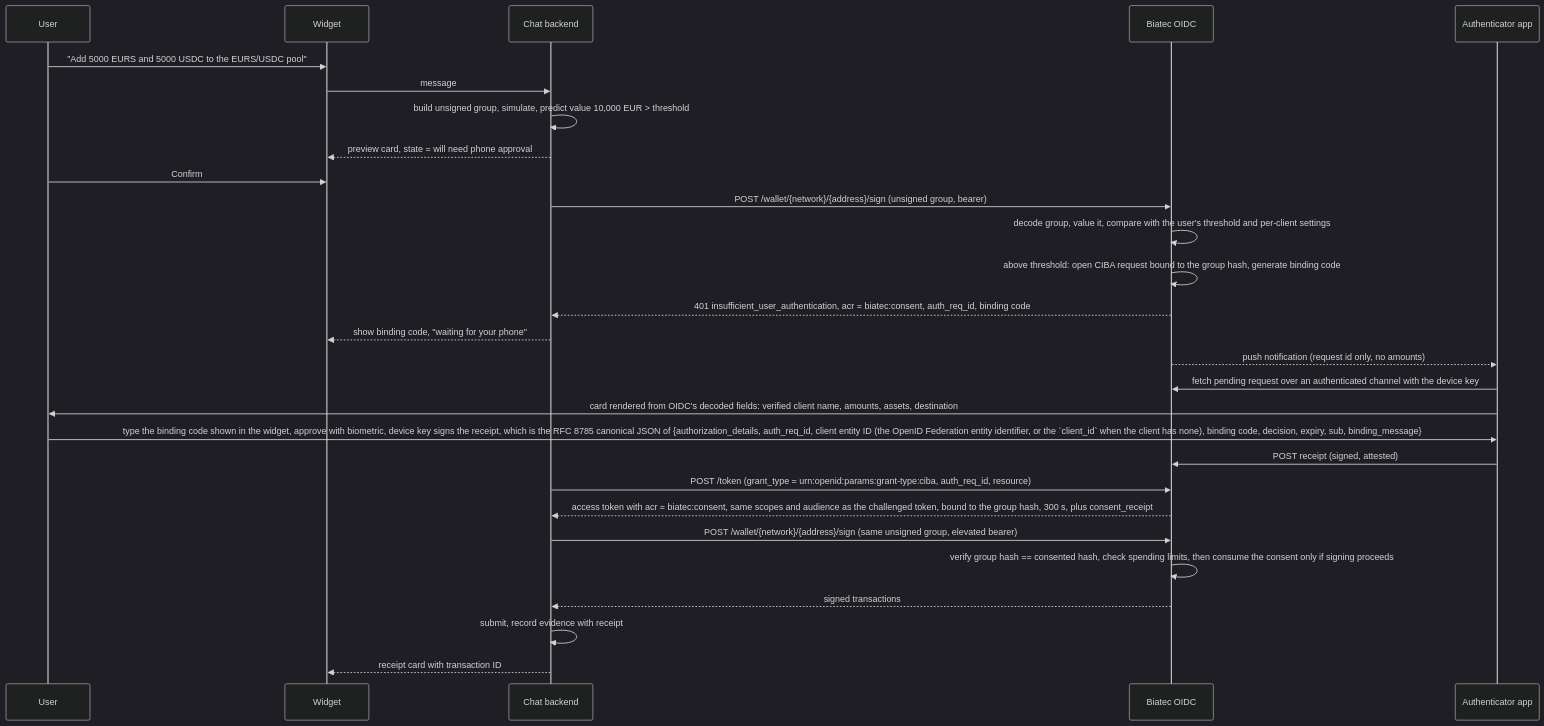
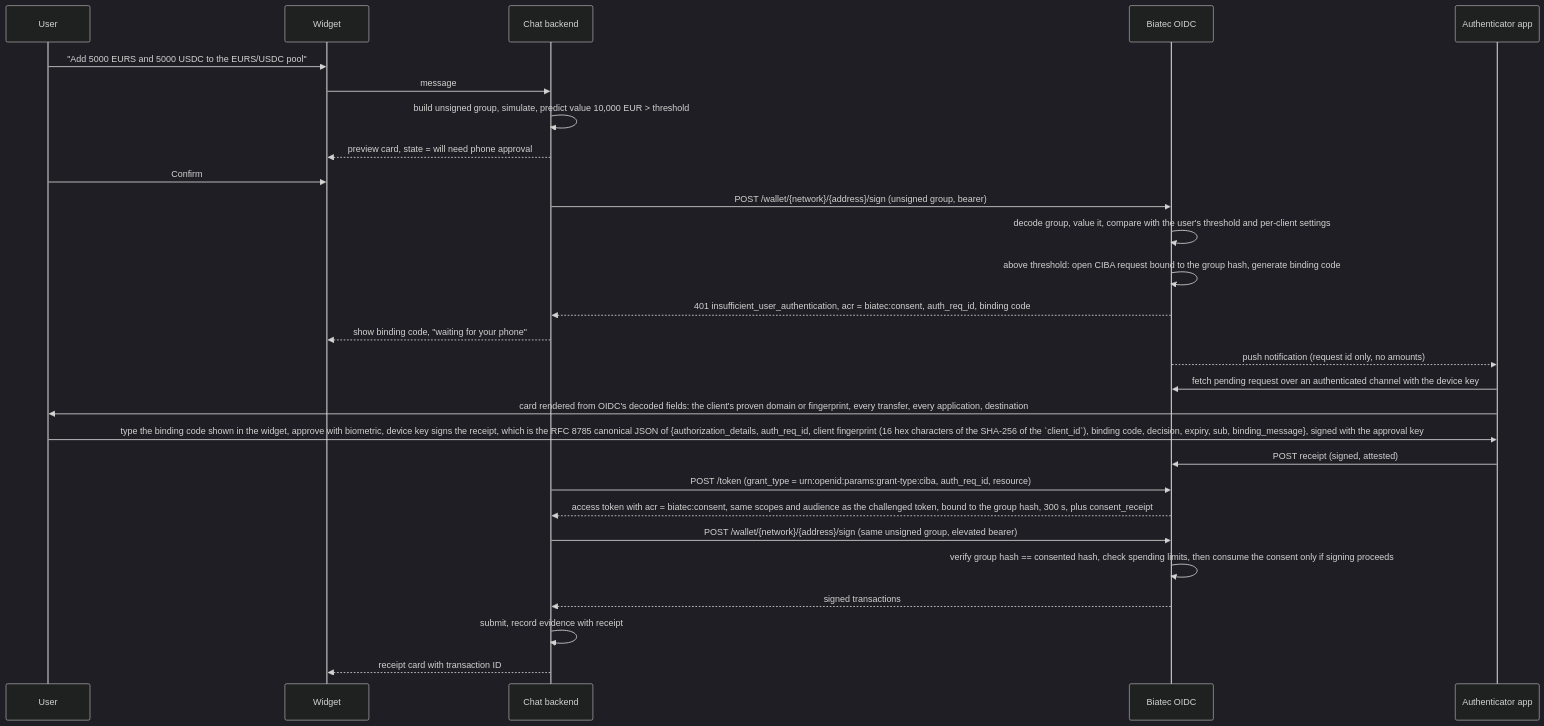
The third of 3 diagrams in PRODUCT-DESCRIPTION.md (scholtz/biatec-chat), drawn with Mermaid (dark theme) before and after one commit. The commit also changed other lines of this file and 22 other files, not shown here.

First line of the commit message:
T-239: Consent protocol 1.1: whole-group details, signed origin, two device keys, device-signed settings and device approval, user-held trust (#409)

````diff
--- a/PRODUCT-DESCRIPTION.md
+++ b/PRODUCT-DESCRIPTION.md
@@ -437,31 +437,31 @@
 ```mermaid
 sequenceDiagram
     participant U as User
     participant W as Widget
     participant API as Chat backend
     participant O as Biatec OIDC
     participant A as Authenticator app
 
     U->>W: "Add 5000 EURS and 5000 USDC to the EURS/USDC pool"
     W->>API: message
     API->>API: build unsigned group, simulate, predict value 10,000 EUR > threshold
     API-->>W: preview card, state = will need phone approval
     U->>W: Confirm
     API->>O: POST /wallet/{network}/{address}/sign (unsigned group, bearer)
     O->>O: decode group, value it, compare with the user's threshold and per-client settings
     O->>O: above threshold: open CIBA request bound to the group hash, generate binding code
     O-->>API: 401 insufficient_user_authentication, acr = biatec:consent, auth_req_id, binding code
     API-->>W: show binding code, "waiting for your phone"
     O-->>A: push notification (request id only, no amounts)
     A->>O: fetch pending request over an authenticated channel with the device key
-    A->>U: card rendered from OIDC's decoded fields: verified client name, amounts, assets, destination
-    U->>A: type the binding code shown in the widget, approve with biometric, device key signs the receipt, which is the RFC 8785 canonical JSON of {authorization_details, auth_req_id, client entity ID (the OpenID Federation entity identifier, or the `client_id` when the client has none), binding code, decision, expiry, sub, binding_message}
+    A->>U: card rendered from OIDC's decoded fields: the client's proven domain or fingerprint, every transfer, every application, destination
+    U->>A: type the binding code shown in the widget, approve with biometric, device key signs the receipt, which is the RFC 8785 canonical JSON of {authorization_details, auth_req_id, client fingerprint (16 hex characters of the SHA-256 of the `client_id`), binding code, decision, expiry, sub, binding_message}, signed with the approval key
     A->>O: POST receipt (signed, attested)
     API->>O: POST /token (grant_type = urn:openid:params:grant-type:ciba, auth_req_id, resource)
     O-->>API: access token with acr = biatec:consent, same scopes and audience as the challenged token, bound to the group hash, 300 s, plus consent_receipt
     API->>O: POST /wallet/{network}/{address}/sign (same unsigned group, elevated bearer)
     O->>O: verify group hash == consented hash, check spending limits, then consume the consent only if signing proceeds
     O-->>API: signed transactions
     API->>API: submit, record evidence with receipt
     API-->>W: receipt card with transaction ID
 ```
````
